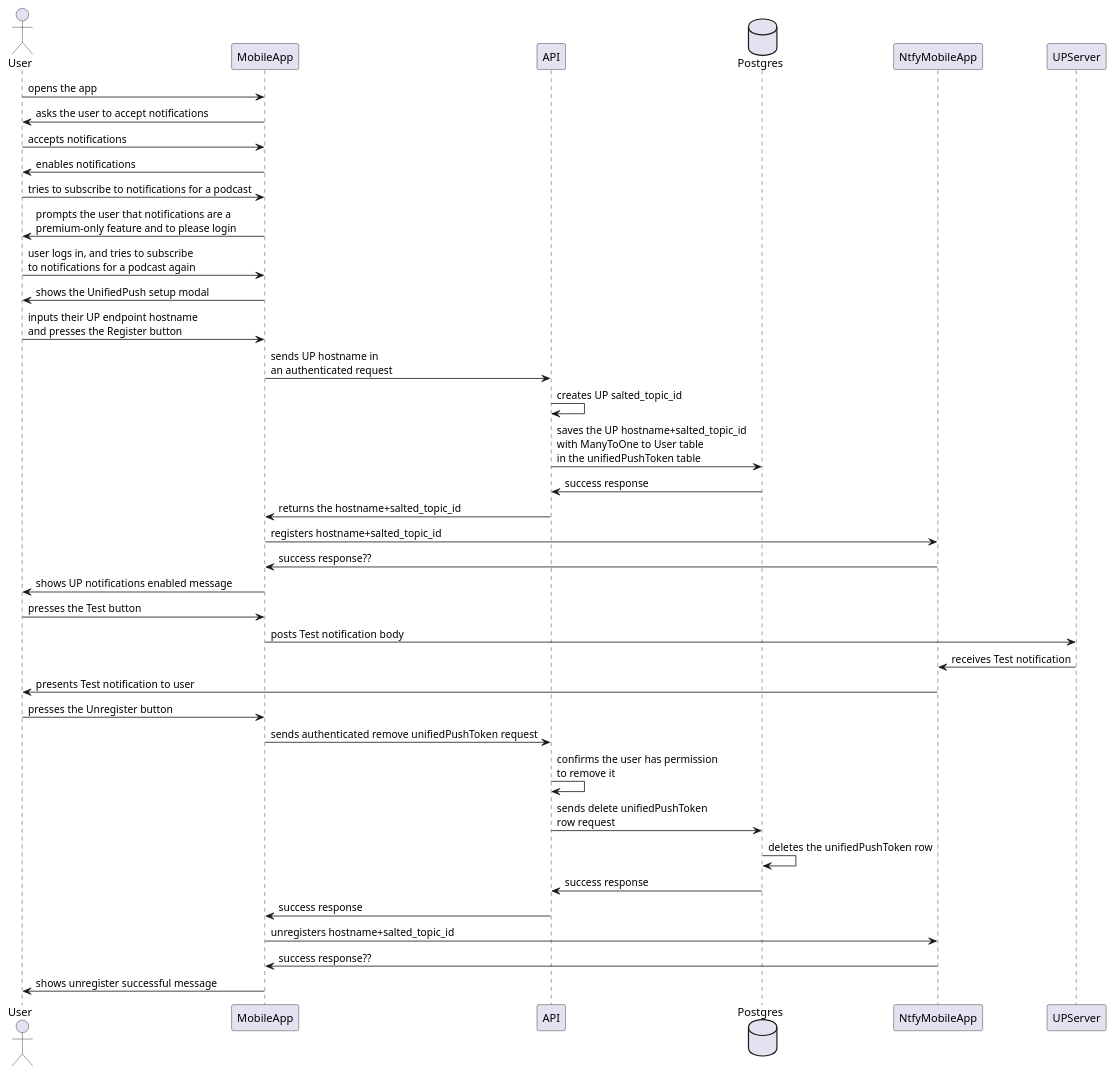
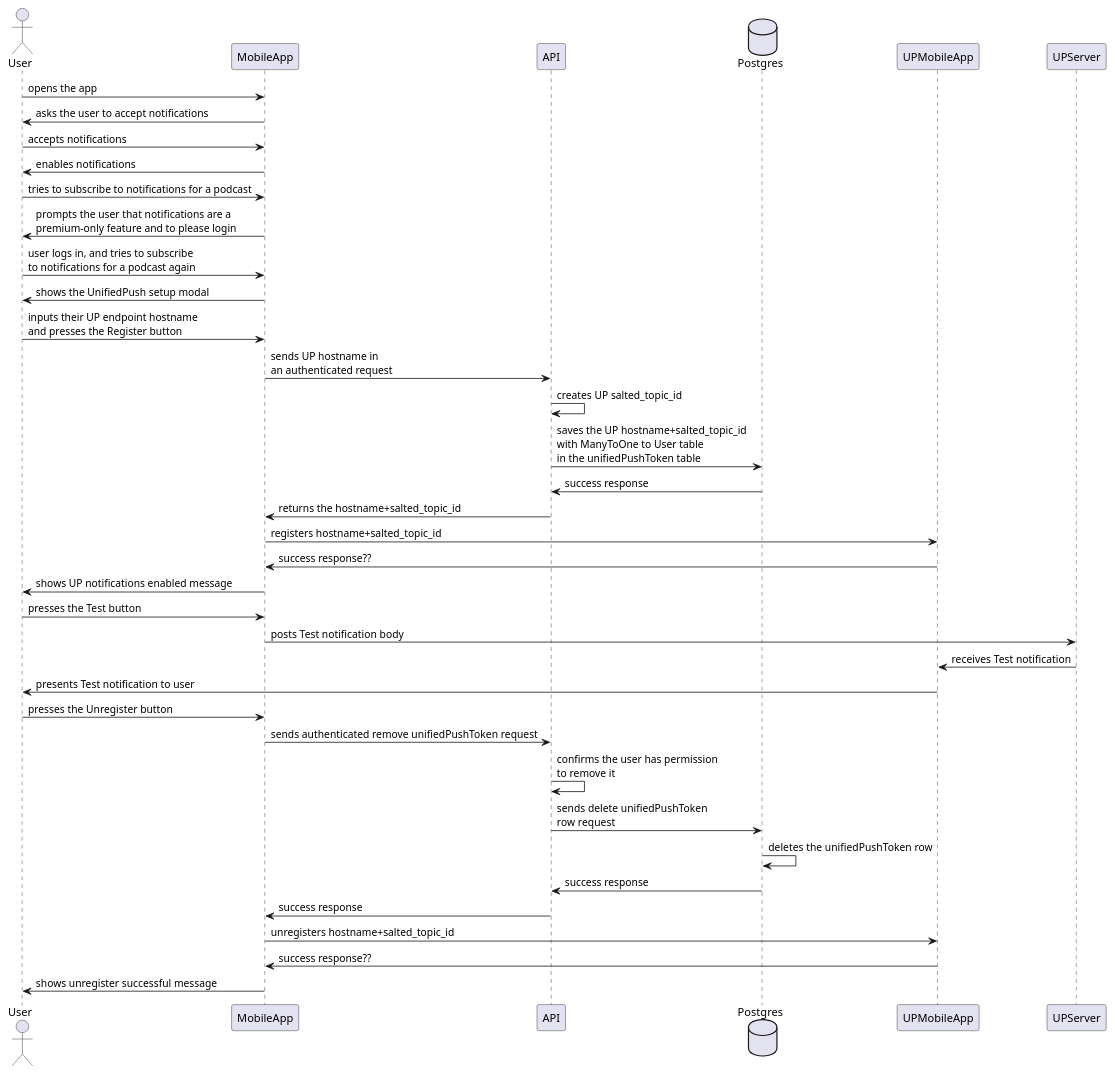
The diagram in diagrams/unifiedPushMobile00.puml (podverse/podverse-ops), drawn with PlantUML before and after one commit.

Commit message:
recommendation from element room

```diff
--- a/diagrams/unifiedPushMobile00.puml
+++ b/diagrams/unifiedPushMobile00.puml
@@ -1,41 +1,41 @@
 @startuml unifiedPushMobile00
 actor User
 participant MobileApp
 participant API
 database Postgres
-participant NtfyMobileApp
+participant UPMobileApp
 participant UPServer
 
 User -> MobileApp : opens the app
 MobileApp -> User : asks the user to accept notifications
 User -> MobileApp : accepts notifications
 MobileApp -> User : enables notifications
 User -> MobileApp : tries to subscribe to notifications for a podcast
 MobileApp -> User : prompts the user that notifications are a \npremium-only feature and to please login
 User -> MobileApp : user logs in, and tries to subscribe \nto notifications for a podcast again
 MobileApp -> User : shows the UnifiedPush setup modal
 User -> MobileApp : inputs their UP endpoint hostname \nand presses the Register button
 MobileApp -> API : sends UP hostname in \nan authenticated request
 API -> API : creates UP salted_topic_id
 API -> Postgres : saves the UP hostname+salted_topic_id \nwith ManyToOne to User table \nin the unifiedPushToken table
 Postgres -> API : success response
 API -> MobileApp : returns the hostname+salted_topic_id
-MobileApp -> NtfyMobileApp : registers hostname+salted_topic_id
-NtfyMobileApp -> MobileApp : success response??
+MobileApp -> UPMobileApp : registers hostname+salted_topic_id
+UPMobileApp -> MobileApp : success response??
 MobileApp -> User : shows UP notifications enabled message
 User -> MobileApp : presses the Test button
 MobileApp -> UPServer : posts Test notification body
-UPServer -> NtfyMobileApp : receives Test notification
-NtfyMobileApp -> User : presents Test notification to user
+UPServer -> UPMobileApp : receives Test notification
+UPMobileApp -> User : presents Test notification to user
 User -> MobileApp : presses the Unregister button
 MobileApp -> API : sends authenticated remove unifiedPushToken request
 API -> API : confirms the user has permission \nto remove it
 API -> Postgres : sends delete unifiedPushToken \nrow request
 Postgres -> Postgres : deletes the unifiedPushToken row
 Postgres -> API : success response
 API -> MobileApp : success response
-MobileApp -> NtfyMobileApp : unregisters hostname+salted_topic_id
-NtfyMobileApp -> MobileApp : success response??
+MobileApp -> UPMobileApp : unregisters hostname+salted_topic_id
+UPMobileApp -> MobileApp : success response??
 MobileApp -> User : shows unregister successful message
 
 @enduml
```
